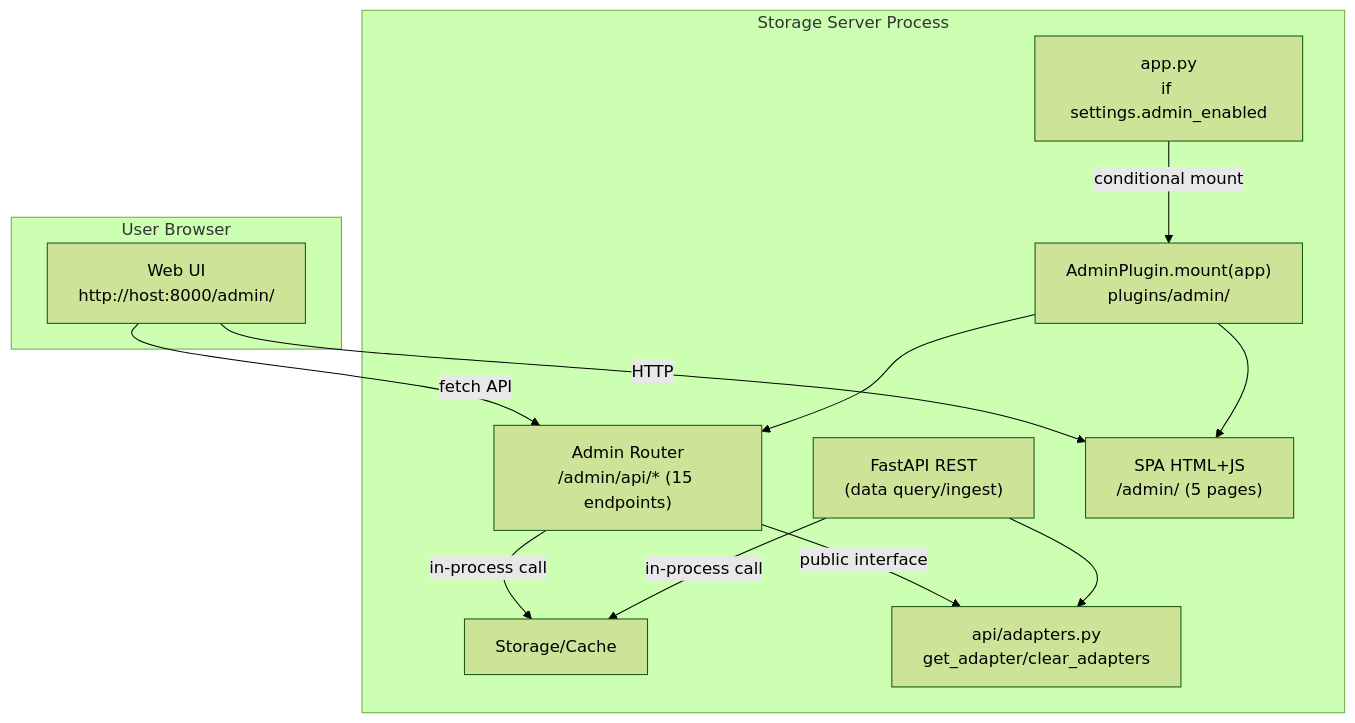
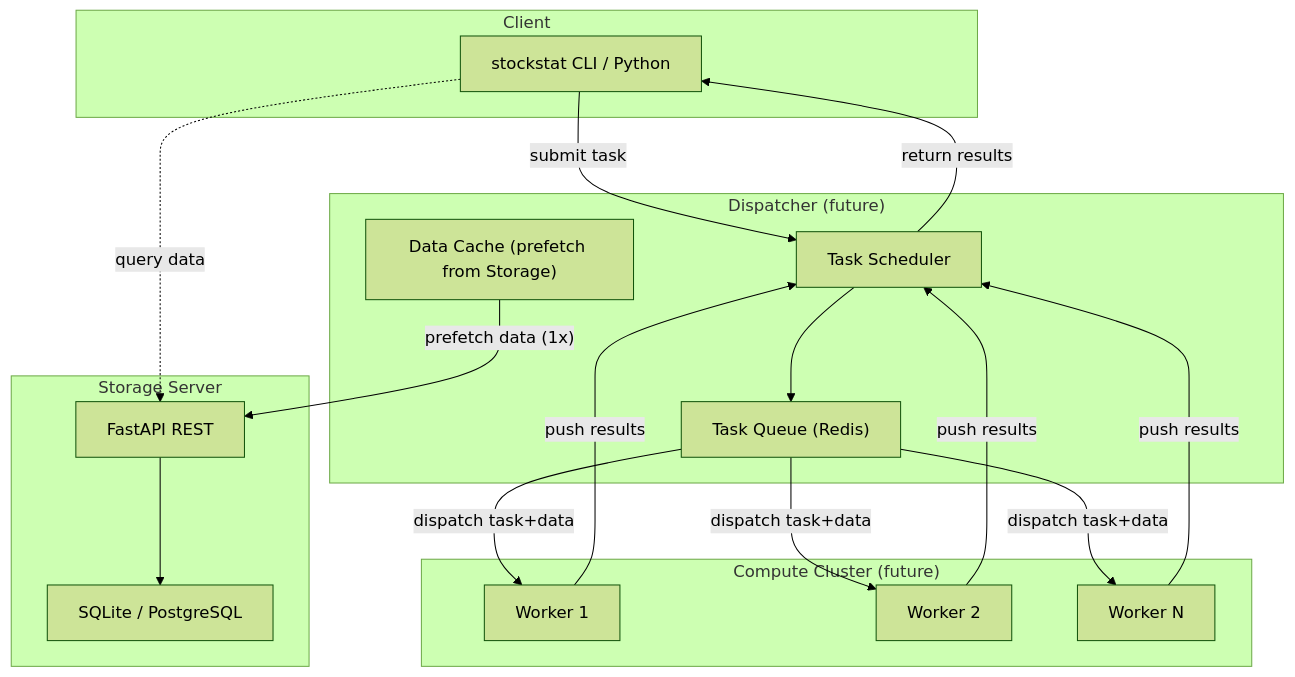
The fourth of 4 diagrams in DESIGN.md (RESBI/StockStatistic), drawn with Mermaid (forest theme) before and after one commit. The commit also changed other lines of this file and 24 other files, not shown here.

````diff
--- a/DESIGN.md
+++ b/DESIGN.md
@@ -702,26 +678,40 @@
 ```mermaid
 graph TB
-    subgraph "User Browser"
-        WEB["Web UI<br/>http://host:8000/admin/"]
+    subgraph "Client"
+        CLI["stockstat CLI / Python"]
     end
 
-    subgraph "Storage Server Process"
-        APP["app.py<br/>if settings.admin_enabled"]
-        PLUGIN["AdminPlugin.mount(app)<br/>plugins/admin/"]
-        API["FastAPI REST<br/>(data query/ingest)"]
-        ROUTER["Admin Router<br/>/admin/api/* (15 endpoints)"]
-        STATIC["SPA HTML+JS<br/>/admin/ (5 pages)"]
-        DB["Storage/Cache"]
-        ADAPTERS["api/adapters.py<br/>get_adapter/clear_adapters"]
+    subgraph "Storage Server"
+        API_S["FastAPI REST"]
+        DB["SQLite / PostgreSQL"]
     end
 
-    WEB -->|"HTTP"| STATIC
-    WEB -->|"fetch API"| ROUTER
-    APP -->|"conditional mount"| PLUGIN
-    PLUGIN --> ROUTER
-    PLUGIN --> STATIC
-    ROUTER -->|"in-process call"| DB
-    ROUTER -->|"public interface"| ADAPTERS
-    API -->|"in-process call"| DB
-    API --> ADAPTERS
+    subgraph "Dispatcher (future)"
+        DISP["Task Scheduler"]
+        QUEUE["Task Queue (Redis)"]
+        DISP_CACHE["Data Cache (prefetch from Storage)"]
+    end
+
+    subgraph "Compute Cluster (future)"
+        W1["Worker 1"]
+        W2["Worker 2"]
+        WN["Worker N"]
+    end
+
+    CLI -->|"submit task"| DISP
+    CLI -.->|"query data"| API_S
+    API_S --> DB
+
+    DISP --> QUEUE
+    DISP_CACHE -->|"prefetch data (1x)"| API_S
+
+    QUEUE -->|"dispatch task+data"| W1
+    QUEUE -->|"dispatch task+data"| W2
+    QUEUE -->|"dispatch task+data"| WN
+
+    W1 -->|"push results"| DISP
+    W2 -->|"push results"| DISP
+    WN -->|"push results"| DISP
+
+    DISP -->|"return results"| CLI
 ```
````
